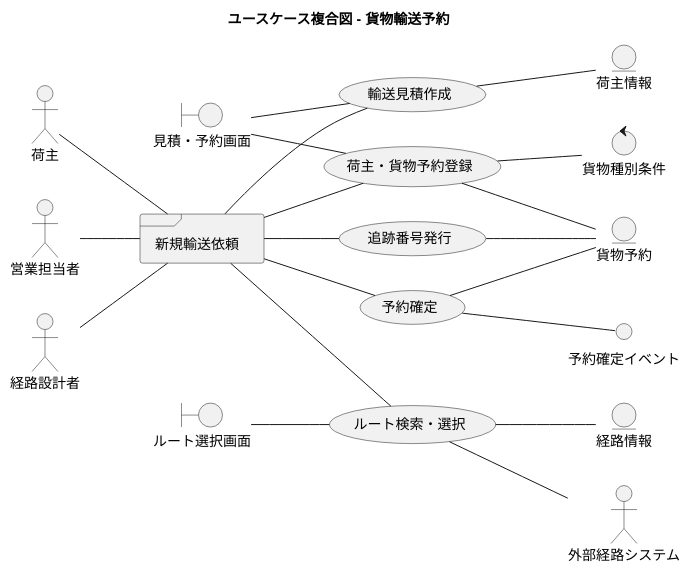
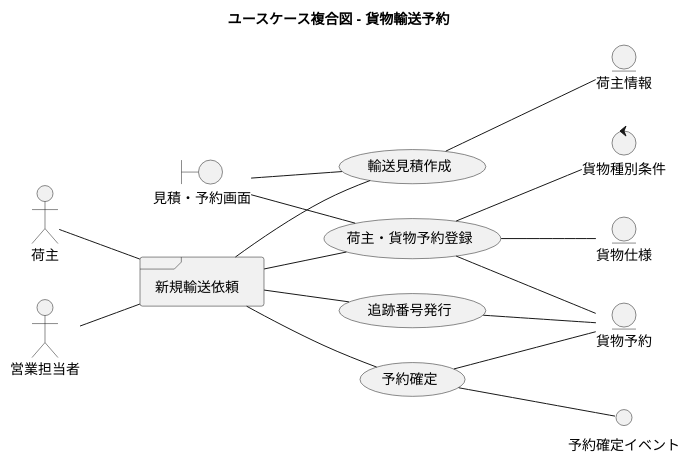
Diagram 15 of 21 in docs/requirements/requirements_definition.md (k2works/case-study-cargo-tracker), drawn with PlantUML before and after one commit. The commit also changed other lines of this file and 3 other files, not shown here.

````diff
--- a/docs/requirements/requirements_definition.md
+++ b/docs/requirements/requirements_definition.md
@@ -593,51 +802,43 @@
 ```plantuml
 @startuml
 
 title ユースケース複合図 - 貨物輸送予約
 
 left to right direction
 
 actor 荷主 as shipper
 actor 営業担当者 as sales
-actor 経路設計者 as route_designer
 
 frame "新規輸送依頼" as f01
 usecase "輸送見積作成" as UC01
 usecase "荷主・貨物予約登録" as UC02
-usecase "ルート検索・選択" as UC03
 usecase "予約確定" as UC04
 usecase "追跡番号発行" as UC05
 boundary "見積・予約画面" as b01
-boundary "ルート選択画面" as b02
 entity "荷主情報" as e01
 entity "貨物予約" as e02
-entity "経路情報" as e03
+entity "貨物仕様" as e02b
 control "貨物種別条件" as c01
 interface "予約確定イベント" as i01
 
 shipper -- f01
 sales -- f01
-route_designer -- f01
 f01 -- UC01
 f01 -- UC02
-f01 -- UC03
 f01 -- UC04
 f01 -- UC05
 
 b01 -- UC01
 b01 -- UC02
 UC01 -- e01
 UC02 -- e02
+UC02 -- e02b
 UC02 -- c01
-
-b02 -- UC03
-UC03 -- e03
-UC03 -- 外部経路システム
 
 UC04 -- e02
 UC04 -- i01
 
 UC05 -- e02
 
 @enduml
 ```
````
